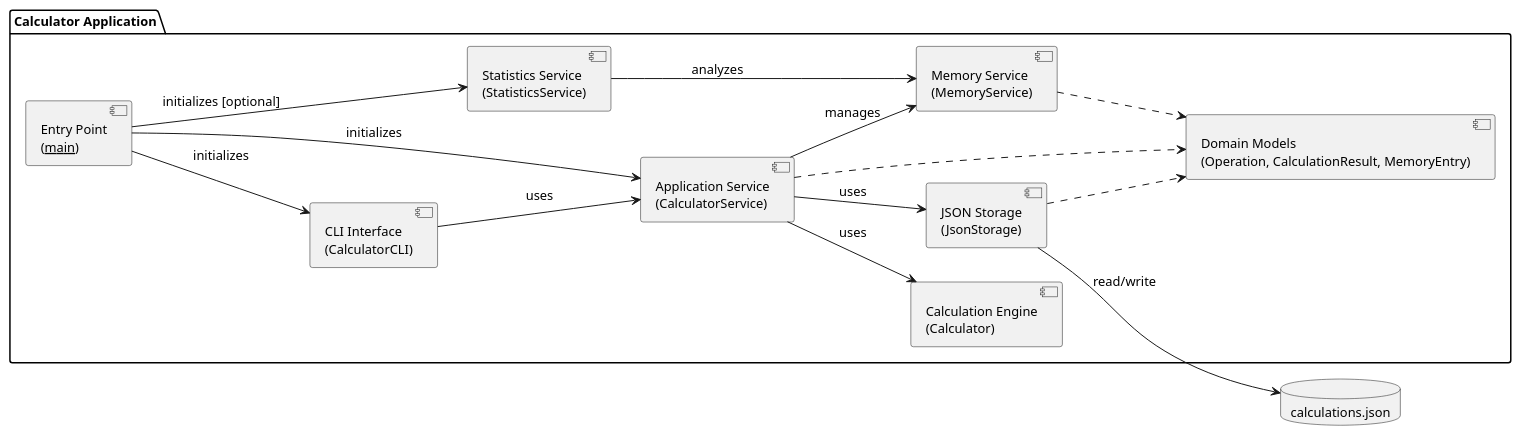
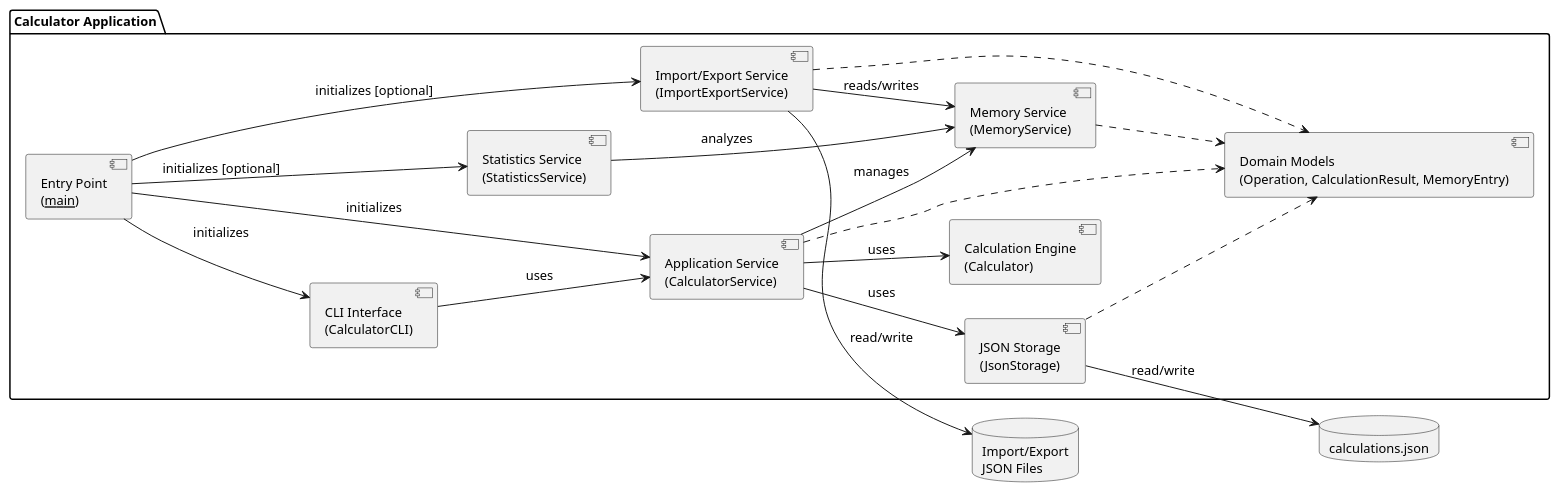
Before and after one commit to DanielRiha8906/Software_autoevolution_using_agents: the diagram in experiments/broadcast/test_driven/calculator/artifacts/component_diagram.puml, drawn with PlantUML. The commit also changed 7 other files, not shown here.

```diff
--- a/experiments/broadcast/test_driven/calculator/artifacts/component_diagram.puml
+++ b/experiments/broadcast/test_driven/calculator/artifacts/component_diagram.puml
@@ -1,38 +1,45 @@
 @startuml component_diagram
 
 skinparam componentStyle uml2
 skinparam defaultFontSize 13
 left to right direction
 
 package "Calculator Application" {
 
     component "Entry Point\n(__main__)" as Main
     component "CLI Interface\n(CalculatorCLI)" as CLI
     component "Application Service\n(CalculatorService)" as Service
     component "Memory Service\n(MemoryService)" as Memory
     component "Statistics Service\n(StatisticsService)" as Stats
+    component "Import/Export Service\n(ImportExportService)" as Import
     component "Calculation Engine\n(Calculator)" as Calc
     component "JSON Storage\n(JsonStorage)" as Store
     component "Domain Models\n(Operation, CalculationResult, MemoryEntry)" as Models
 
     Main --> CLI : initializes
     Main --> Service : initializes
     Main --> Stats : initializes [optional]
 
     CLI --> Service : uses
     Service --> Calc : uses
     Service --> Store : uses
     Service --> Memory : manages
 
     Stats --> Memory : analyzes
+    Import --> Memory : reads/writes
+
+    Main --> Import : initializes [optional]
 
     Service ..> Models
     Store ..> Models
     Memory ..> Models
+    Import ..> Models
 }
 
 database "calculations.json" as DB
+database "Import/Export\nJSON Files" as Files
 
 Store --> DB : read/write
+Import --> Files : read/write
 
 @enduml
```
